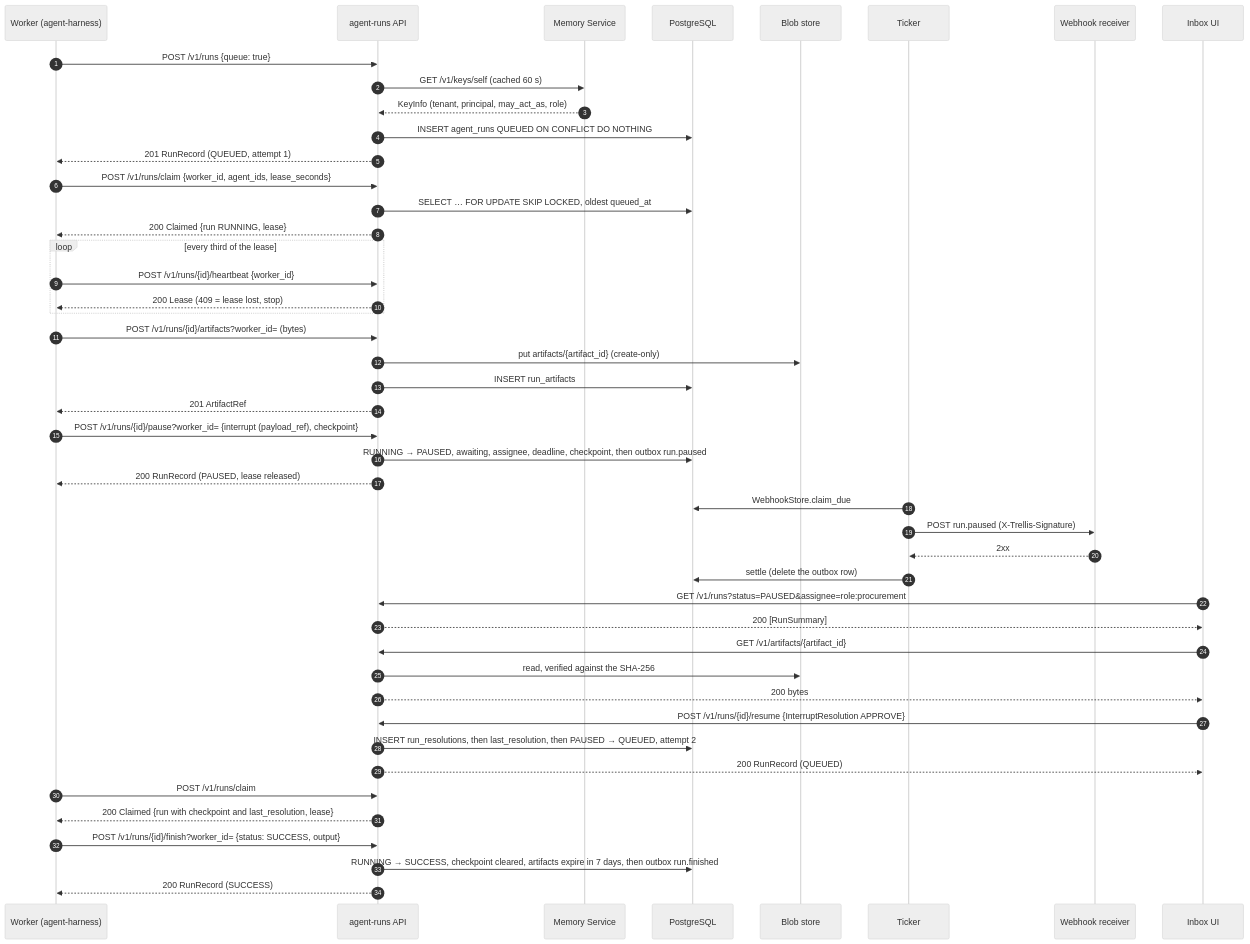
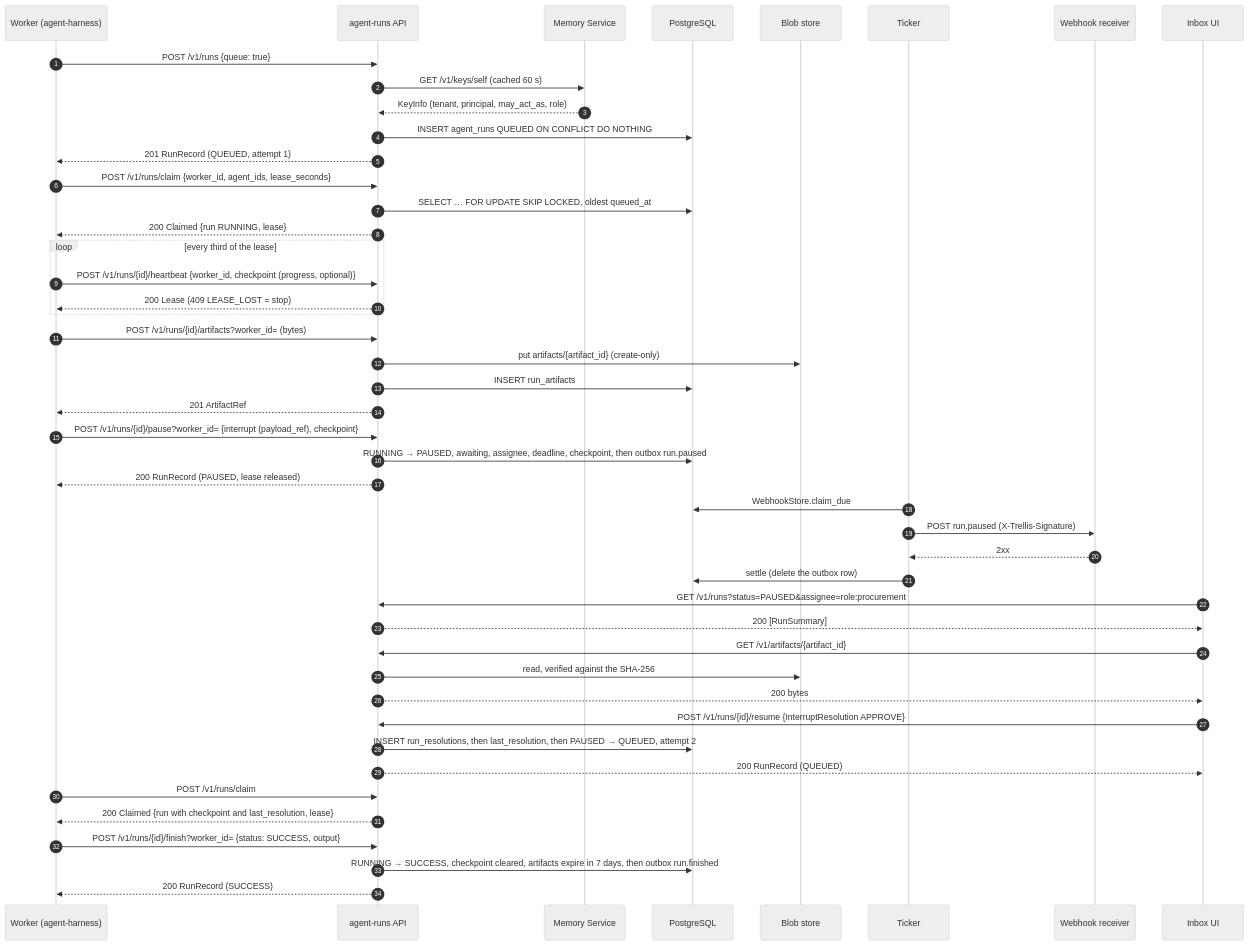
Before and after one commit to amitmohapatra/agent-runs: the third of 5 diagrams in docs/ARCHITECTURE.md, drawn with Mermaid (neutral theme). The commit also changed other lines of this file and 57 other files, not shown here.

````diff
--- a/docs/ARCHITECTURE.md
+++ b/docs/ARCHITECTURE.md
@@ -138,54 +154,54 @@
 ```mermaid
 sequenceDiagram
   autonumber
   participant W as Worker (agent-harness)
   participant A as agent-runs API
   participant M as Memory Service
   participant DB as PostgreSQL
   participant B as Blob store
   participant T as Ticker
   participant R as Webhook receiver
   participant U as Inbox UI
 
   W->>A: POST /v1/runs {queue: true}
   A->>M: GET /v1/keys/self (cached 60 s)
   M-->>A: KeyInfo (tenant, principal, may_act_as, role)
   A->>DB: INSERT agent_runs QUEUED ON CONFLICT DO NOTHING
   A-->>W: 201 RunRecord (QUEUED, attempt 1)
 
   W->>A: POST /v1/runs/claim {worker_id, agent_ids, lease_seconds}
   A->>DB: SELECT … FOR UPDATE SKIP LOCKED, oldest queued_at
   A-->>W: 200 Claimed {run RUNNING, lease}
   loop every third of the lease
-    W->>A: POST /v1/runs/{id}/heartbeat {worker_id}
-    A-->>W: 200 Lease (409 = lease lost, stop)
+    W->>A: POST /v1/runs/{id}/heartbeat {worker_id, checkpoint (progress, optional)}
+    A-->>W: 200 Lease (409 LEASE_LOST = stop)
   end
 
   W->>A: POST /v1/runs/{id}/artifacts?worker_id= (bytes)
   A->>B: put artifacts/{artifact_id} (create-only)
   A->>DB: INSERT run_artifacts
   A-->>W: 201 ArtifactRef
   W->>A: POST /v1/runs/{id}/pause?worker_id= {interrupt (payload_ref), checkpoint}
   A->>DB: RUNNING → PAUSED, awaiting, assignee, deadline, checkpoint, then outbox run.paused
   A-->>W: 200 RunRecord (PAUSED, lease released)
 
   T->>DB: WebhookStore.claim_due
   T->>R: POST run.paused (X-Trellis-Signature)
   R-->>T: 2xx
   T->>DB: settle (delete the outbox row)
 
   U->>A: GET /v1/runs?status=PAUSED&assignee=role:procurement
   A-->>U: 200 [RunSummary]
   U->>A: GET /v1/artifacts/{artifact_id}
   A->>B: read, verified against the SHA-256
   A-->>U: 200 bytes
   U->>A: POST /v1/runs/{id}/resume {InterruptResolution APPROVE}
   A->>DB: INSERT run_resolutions, then last_resolution, then PAUSED → QUEUED, attempt 2
   A-->>U: 200 RunRecord (QUEUED)
 
   W->>A: POST /v1/runs/claim
   A-->>W: 200 Claimed {run with checkpoint and last_resolution, lease}
   W->>A: POST /v1/runs/{id}/finish?worker_id= {status: SUCCESS, output}
   A->>DB: RUNNING → SUCCESS, checkpoint cleared, artifacts expire in 7 days, then outbox run.finished
   A-->>W: 200 RunRecord (SUCCESS)
 ```
````
